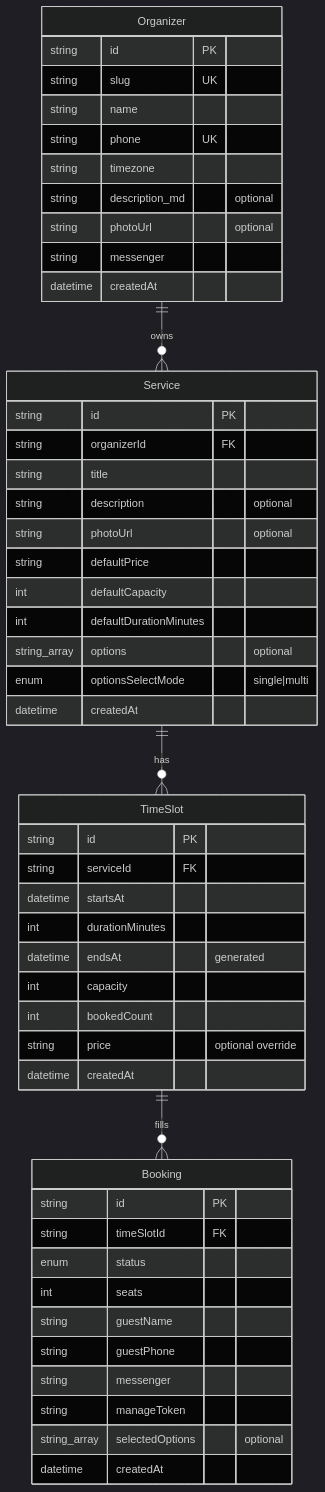
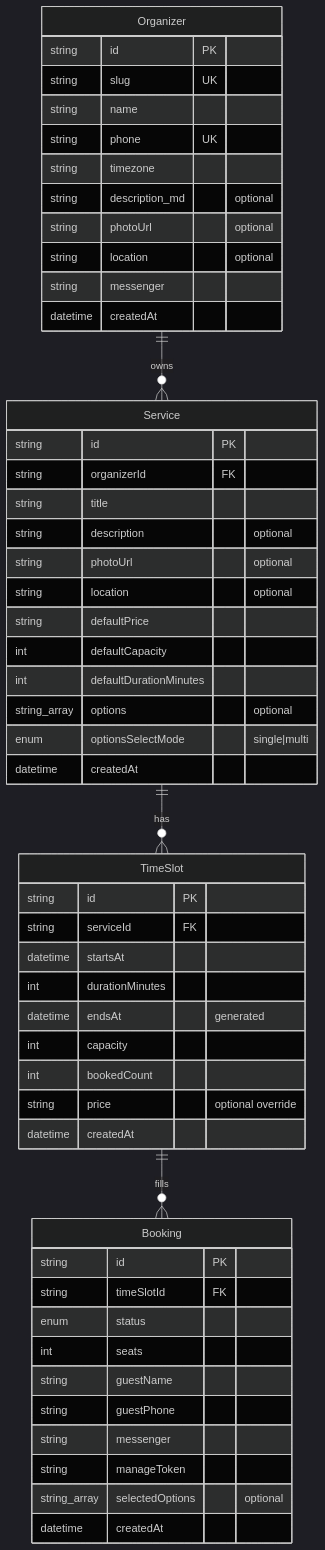
One commit to RM66/count-me-in changed the diagram in docs/domain.md. Above: the diagram before and after it, drawn with Mermaid (dark theme). The commit also changed other lines of this file and 37 other files, not shown here.

````diff
--- a/docs/domain.md
+++ b/docs/domain.md
@@ -9,54 +9,56 @@
 ```mermaid
 erDiagram
   Organizer ||--o{ Service : owns
   Service ||--o{ TimeSlot : has
   TimeSlot ||--o{ Booking : fills
 
   Organizer {
     string id PK
     string slug UK
     string name
     string phone UK
     string timezone
     string description_md "optional"
     string photoUrl "optional"
+    string location "optional"
     string messenger
     datetime createdAt
   }
   Service {
     string id PK
     string organizerId FK
     string title
     string description "optional"
     string photoUrl "optional"
+    string location "optional"
     string defaultPrice
     int defaultCapacity
     int defaultDurationMinutes
     string_array options "optional"
     enum optionsSelectMode "single|multi"
     datetime createdAt
   }
   TimeSlot {
     string id PK
     string serviceId FK
     datetime startsAt
     int durationMinutes
     datetime endsAt "generated"
     int capacity
     int bookedCount
     string price "optional override"
     datetime createdAt
   }
   Booking {
     string id PK
     string timeSlotId FK
     enum status
     int seats
     string guestName
     string guestPhone
     string messenger
     string manageToken
     string_array selectedOptions "optional"
     datetime createdAt
   }
 ```
````
